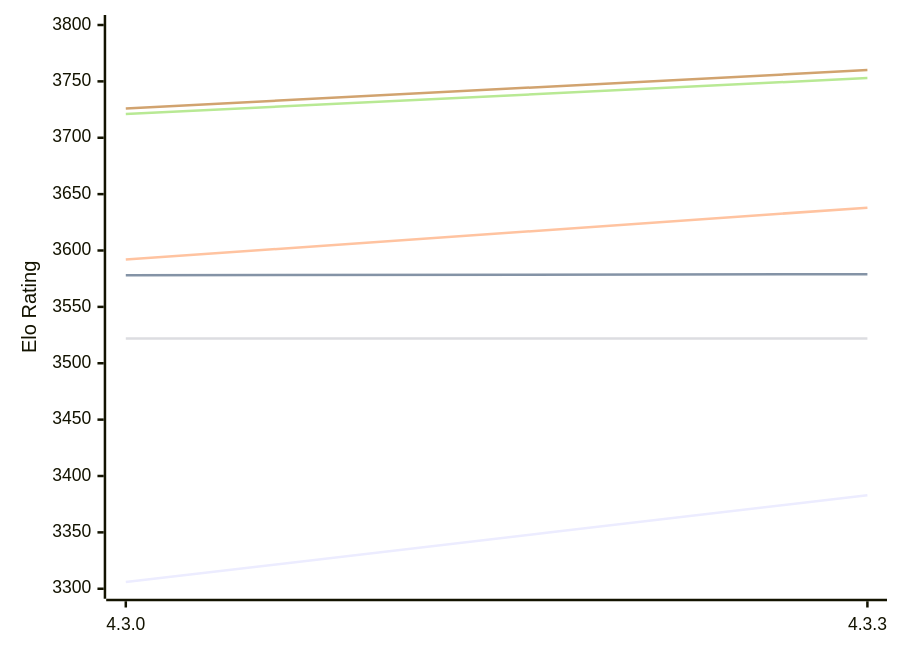
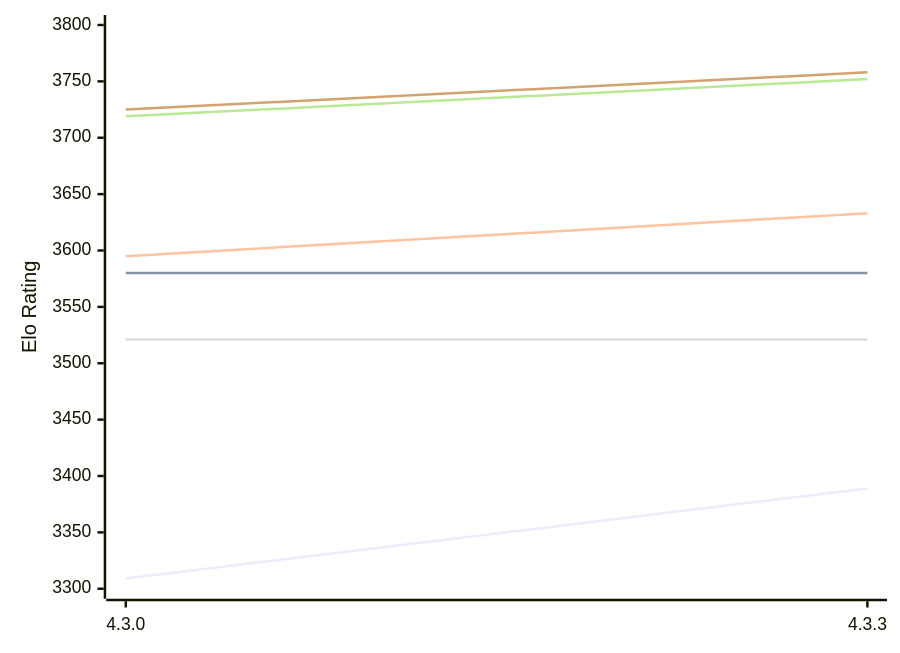
Before and after one commit to computer-chess-index/cci: the first of 2 diagrams in engines/Gaia.md, drawn with Mermaid. The commit also changed other lines of this file, not shown here.

Commit message:
Update CCI Ratings (ELO VLTC) - 2026-10-15

````diff
--- a/engines/Gaia.md
+++ b/engines/Gaia.md
@@ -55,12 +55,12 @@
 ```mermaid
 %%{init: {"theme":"base","themeVariables":{"seriesColors:['#a3a3a3','#222221','#faa371']}}}%%
 xychart-beta
   x-axis ["4.3.0", "4.3.3"]
   y-axis "Elo Rating" 3300 --> 3800
-  line "E1: STC (8.0+0.08s)" [3306, 3383]
-  line "E1: LTC (60.0+0.60s)" [3578, 3579]
-  line "E1: VLTC (2m24s+1.12s)" [3592, 3638]
-  line "P1: STC (8.0+0.08s)" [3522, 3522]
-  line "P1: LTC (60.0+0.60s)" [3721, 3753]
-  line "P1: VLTC (2m24s+1.12s)" [3726, 3760]
+  line "E1: STC (8.0+0.08s)" [3309, 3389]
+  line "E1: LTC (60.0+0.60s)" [3580, 3580]
+  line "E1: VLTC (2m24s+1.12s)" [3595, 3633]
+  line "P1: STC (8.0+0.08s)" [3521, 3521]
+  line "P1: LTC (60.0+0.60s)" [3719, 3752]
+  line "P1: VLTC (2m24s+1.12s)" [3725, 3758]
 ```
````
